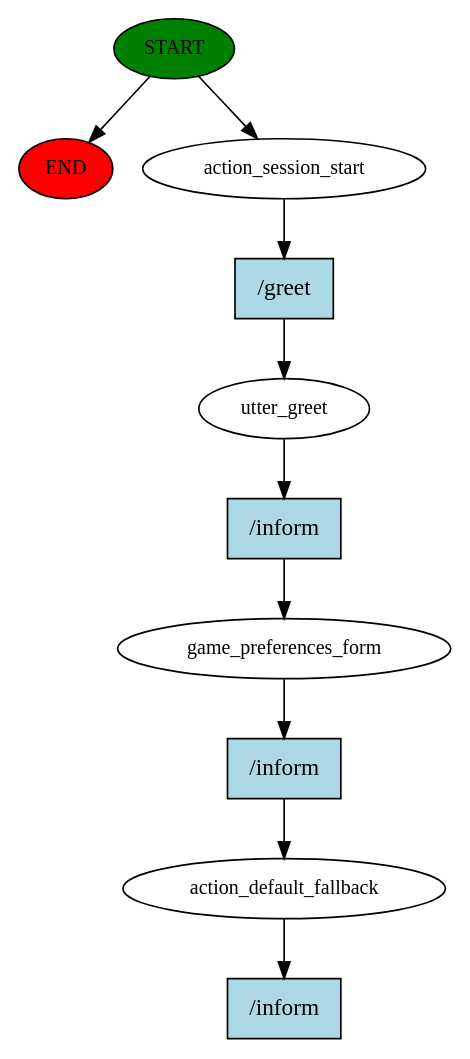
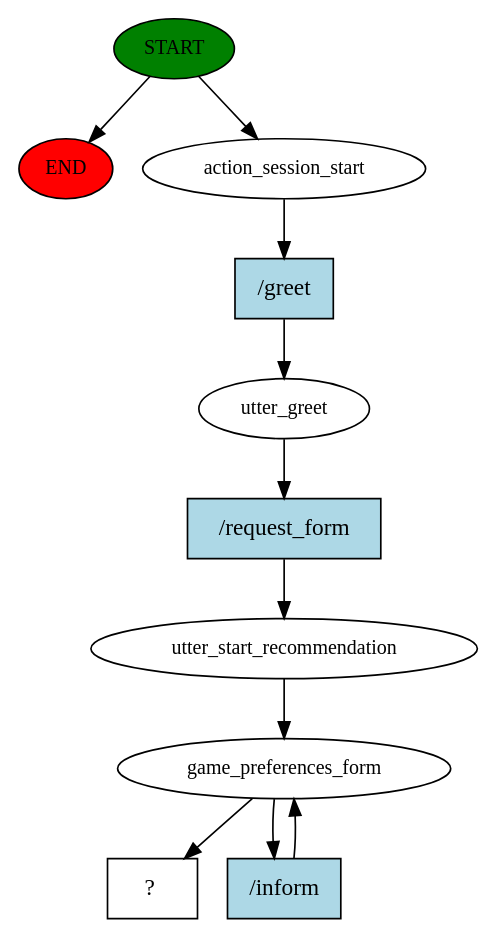
One commit to MattSona99/DataScience changed the diagram in Chatbot/story_graph.dot. Above: the diagram before and after it, drawn with Graphviz. The commit also changed 11 other files, not shown here.

```diff
--- a/Chatbot/story_graph.dot
+++ b/Chatbot/story_graph.dot
@@ -1,21 +1,22 @@
 digraph  {
 0 [class="start active", fillcolor=green, fontsize=12, label=START, style=filled];
 "-1" [class=end, fillcolor=red, fontsize=12, label=END, style=filled];
 1 [class=active, fontsize=12, label=action_session_start];
 2 [class=active, fontsize=12, label=utter_greet];
-3 [class=active, fontsize=12, label=game_preferences_form];
-4 [class="dashed active", fontsize=12, label=action_default_fallback];
-5 [class="intent active", fillcolor=lightblue, label="/greet", shape=rect, style=filled];
-6 [class="intent active", fillcolor=lightblue, label="/inform", shape=rect, style=filled];
-7 [class="intent active", fillcolor=lightblue, label="/inform", shape=rect, style=filled];
-8 [class="intent active", fillcolor=lightblue, label="/inform", shape=rect, style=filled];
+3 [class=active, fontsize=12, label=utter_start_recommendation];
+4 [class=active, fontsize=12, label=game_preferences_form];
+9 [class="intent dashed active", label="  ?  ", shape=rect];
+10 [class="intent active", fillcolor=lightblue, label="/greet", shape=rect, style=filled];
+11 [class="intent active", fillcolor=lightblue, label="/request_form", shape=rect, style=filled];
+12 [class="intent active", fillcolor=lightblue, label="/inform", shape=rect, style=filled];
 0 -> "-1"  [class="", key=NONE, label=""];
 0 -> 1  [class=active, key=NONE, label=""];
-1 -> 5  [class=active, key=0];
-2 -> 6  [class=active, key=0];
-3 -> 7  [class=active, key=0];
-4 -> 8  [class=active, key=0];
-5 -> 2  [class=active, key=0];
-6 -> 3  [class=active, key=0];
-7 -> 4  [class=active, key=0];
+1 -> 10  [class=active, key=0];
+2 -> 11  [class=active, key=0];
+3 -> 4  [class=active, key=NONE, label=""];
+4 -> 9  [class=active, key=NONE, label=""];
+4 -> 12  [class=active, key=0];
+10 -> 2  [class=active, key=0];
+11 -> 3  [class=active, key=0];
+12 -> 4  [class=active, key=0];
 }
```
